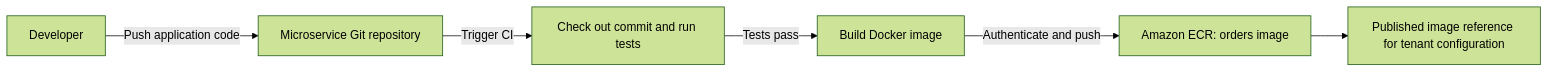
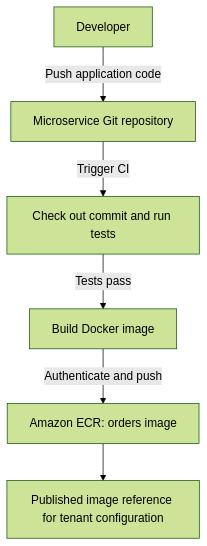
One commit to vamsee/k8s-hub-spoke changed the first of 2 diagrams in docs/deploy.md. Above: the diagram before and after it, drawn with Mermaid (forest theme).

Commit message:
Make the first dia vertical

````diff
--- a/docs/deploy.md
+++ b/docs/deploy.md
@@ -12,8 +12,8 @@
 ```mermaid
-flowchart LR
+flowchart TB
     developer["Developer"] -->|Push application code| source["Microservice Git repository"]
     source -->|Trigger CI| tests["Check out commit and run tests"]
     tests -->|Tests pass| build["Build Docker image"]
     build -->|Authenticate and push| ecr["Amazon ECR: orders image"]
     ecr --> reference["Published image reference for tenant configuration"]
 ```
````
